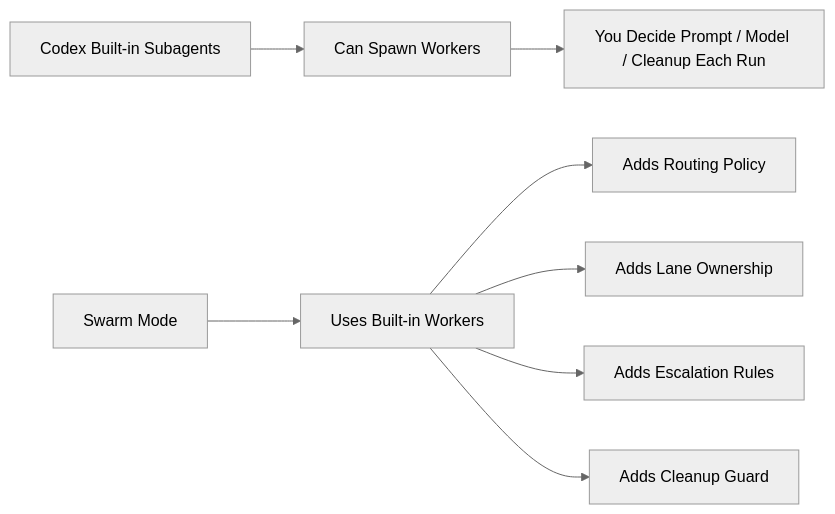
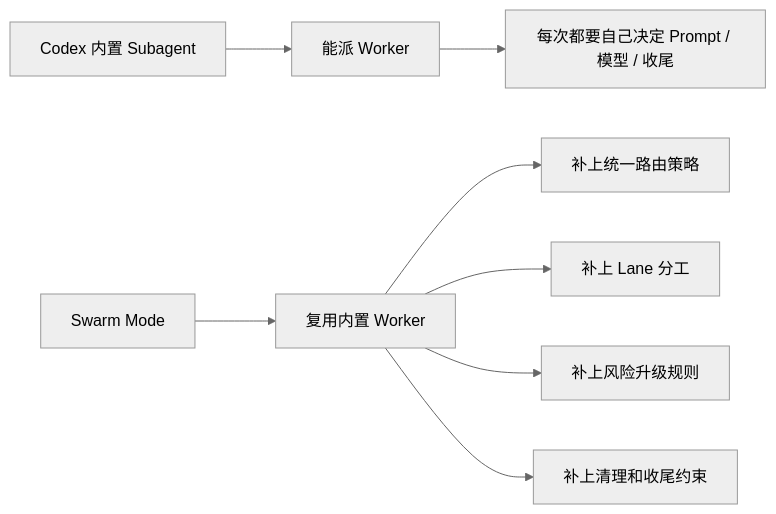
The diagram in README.md (loneyer/Swarm-Mode), drawn with Mermaid (neutral theme) before and after one commit. The commit also changed other lines of this file, not shown here.

````diff
--- a/README.md
+++ b/README.md
@@ -11,10 +11,10 @@
 ```mermaid
 flowchart LR
-    A["Codex Built-in Subagents"] --> B["Can Spawn Workers"]
-    B --> C["You Decide Prompt / Model / Cleanup Each Run"]
-    D["Swarm Mode"] --> E["Uses Built-in Workers"]
-    E --> F["Adds Routing Policy"]
-    E --> G["Adds Lane Ownership"]
-    E --> H["Adds Escalation Rules"]
-    E --> I["Adds Cleanup Guard"]
+    A["Codex 内置 Subagent"] --> B["能派 Worker"]
+    B --> C["每次都要自己决定 Prompt / 模型 / 收尾"]
+    D["Swarm Mode"] --> E["复用内置 Worker"]
+    E --> F["补上统一路由策略"]
+    E --> G["补上 Lane 分工"]
+    E --> H["补上风险升级规则"]
+    E --> I["补上清理和收尾约束"]
 ```
````
